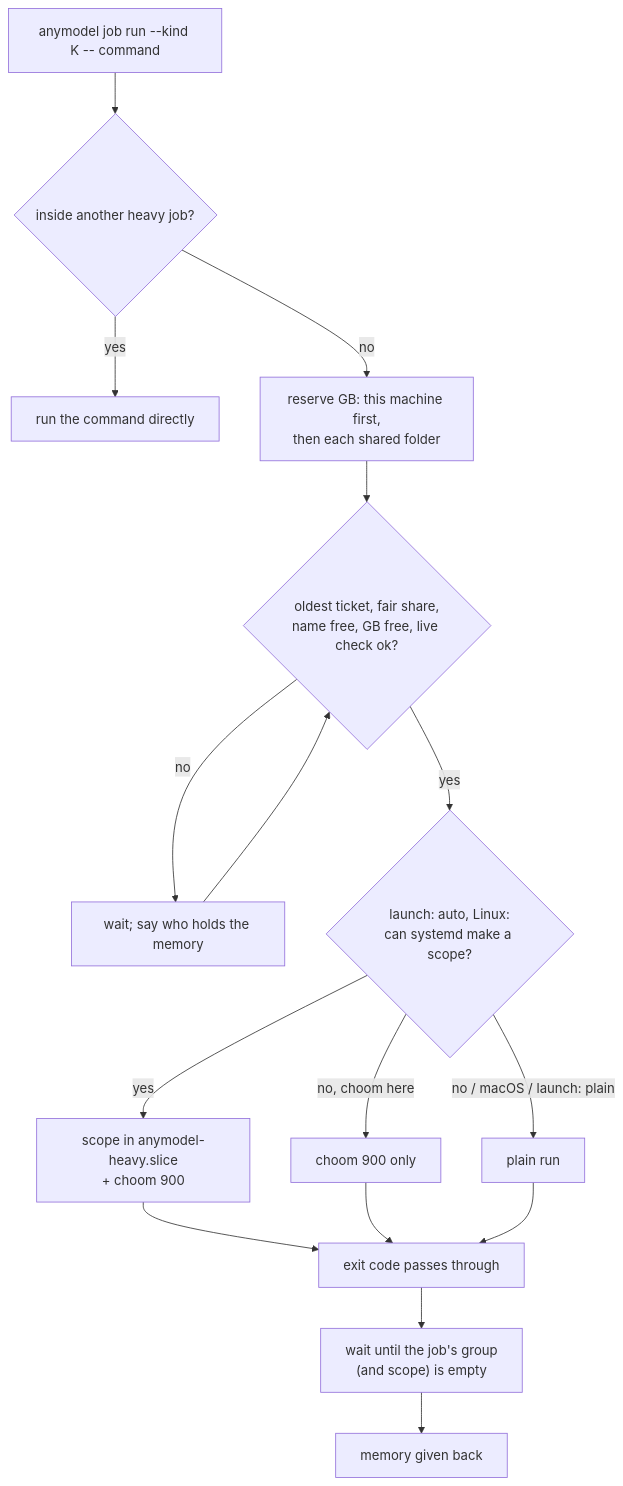
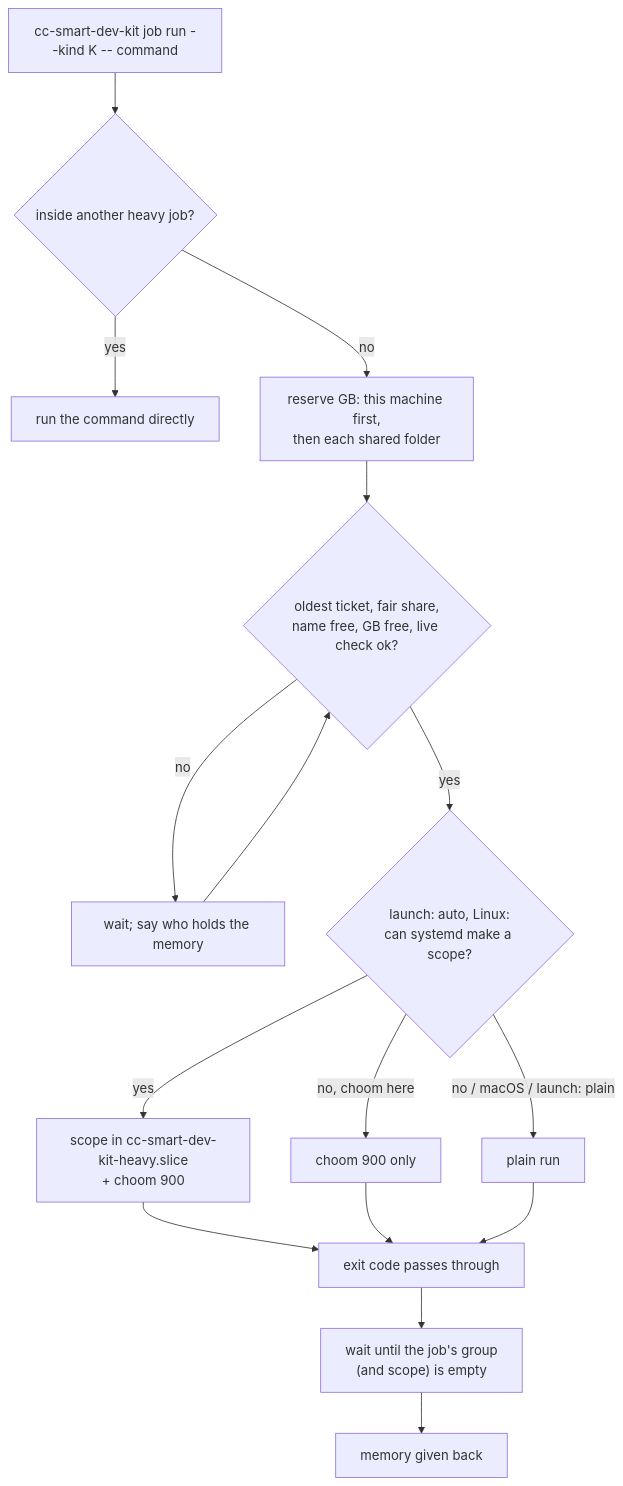
Before and after one commit to sellanybiz/cc-smart-dev-kit: the diagram in docs/jobs.md, drawn with Mermaid. The commit also changed other lines of this file and 202 other files, not shown here.

````diff
--- a/docs/jobs.md
+++ b/docs/jobs.md
@@ -24,18 +24,18 @@
 ```mermaid
 flowchart TD
-    J["anymodel job run --kind K -- command"] --> N{"inside another heavy job?"}
+    J["cc-smart-dev-kit job run --kind K -- command"] --> N{"inside another heavy job?"}
     N -->|"yes"| D["run the command directly"]
     N -->|"no"| R["reserve GB: this machine first,<br/>then each shared folder"]
     R --> W{"oldest ticket, fair share,<br/>name free, GB free, live check ok?"}
     W -->|"no"| L["wait; say who holds the memory"]
     L --> W
     W -->|"yes"| P{"launch: auto, Linux:<br/>can systemd make a scope?"}
-    P -->|"yes"| S["scope in anymodel-heavy.slice<br/>+ choom 900"]
+    P -->|"yes"| S["scope in cc-smart-dev-kit-heavy.slice<br/>+ choom 900"]
     P -->|"no, choom here"| C["choom 900 only"]
     P -->|"no / macOS / launch: plain"| PL["plain run"]
     S --> E["exit code passes through"]
     C --> E
     PL --> E
     E --> G["wait until the job's group<br/>(and scope) is empty"]
     G --> Z["memory given back"]
 ```
````
